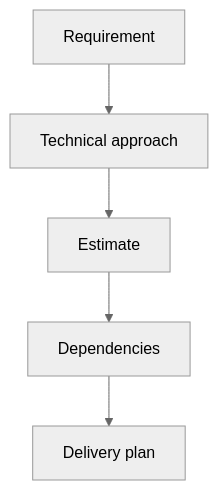
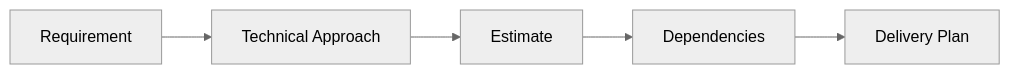
Before and after one commit to AvadhBhalodiya/Interview-Preparation: the fifth of 5 diagrams in src/content/behavioral/stakeholder-communication.md, drawn with Mermaid (neutral theme). The commit also changed other lines of this file and 54 other files, not shown here.

````diff
--- a/src/content/behavioral/stakeholder-communication.md
+++ b/src/content/behavioral/stakeholder-communication.md
@@ -616,7 +437,7 @@
 ```mermaid
-flowchart TD
-    A[Requirement] --> B[Technical approach]
+flowchart LR
+    A[Requirement] --> B[Technical Approach]
     B --> C[Estimate]
     C --> D[Dependencies]
-    D --> E[Delivery plan]
+    D --> E[Delivery Plan]
 ```
````
